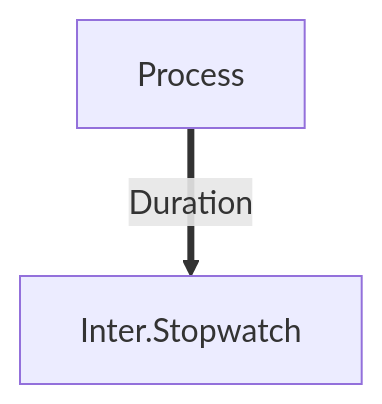
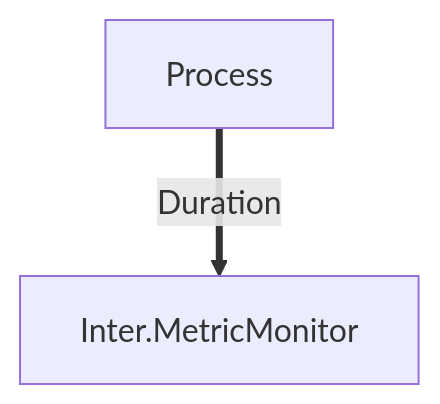
The third of 3 diagrams in profile/README.md (InterMW/.github), drawn with Mermaid before and after one commit. The commit also changed other lines of this file, not shown here.

````diff
--- a/profile/README.md
+++ b/profile/README.md
@@ -41,4 +41,4 @@
 ```mermaid
 graph TD;
-    Process ==> | Duration | Inter.Stopwatch;
+    Process ==> | Duration | Inter.MetricMonitor;
 ```
````
